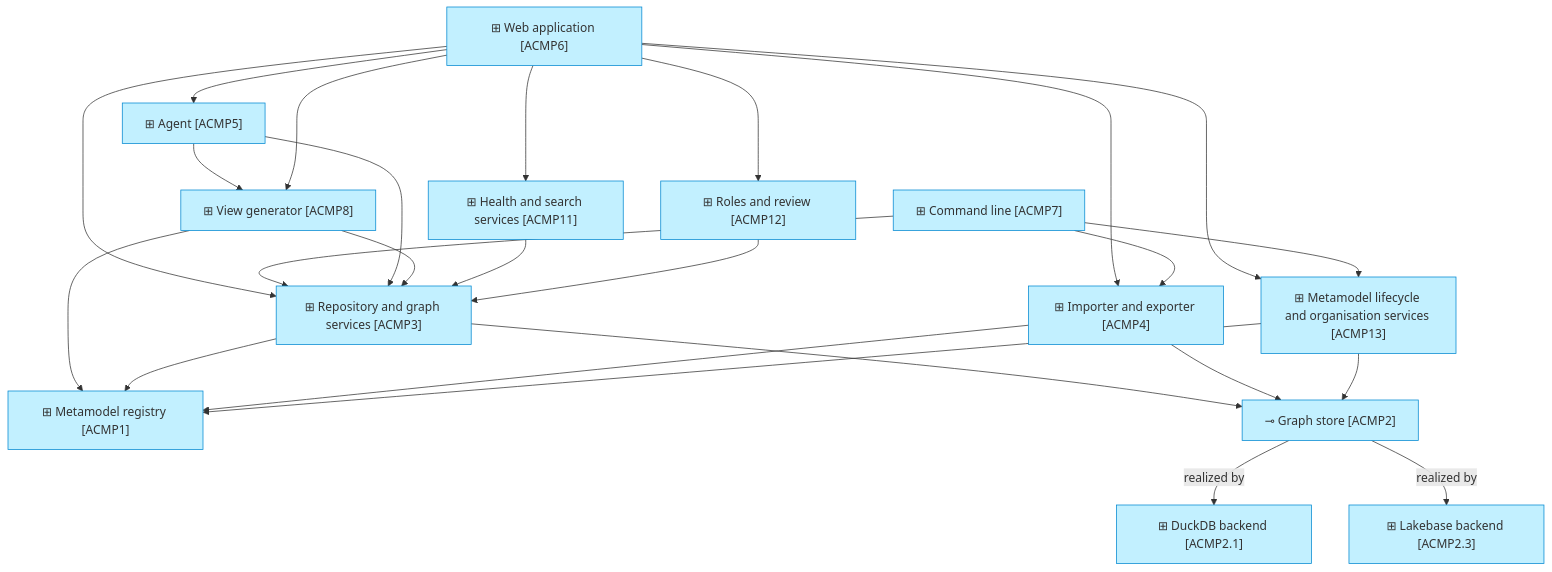
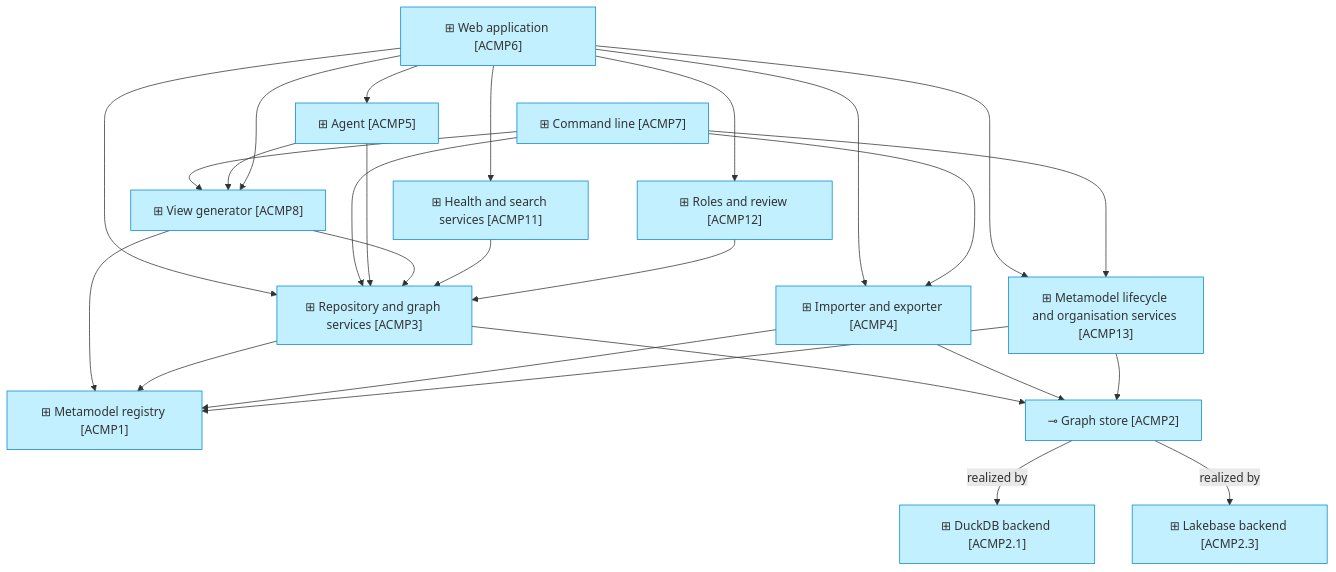
One commit to roanboc/dbx-enterprise-architecture changed the second of 2 diagrams in architecture/4_application/README.md. Above: the diagram before and after it, drawn with Mermaid. The commit also changed 45 other files, not shown here.

````diff
--- a/architecture/4_application/README.md
+++ b/architecture/4_application/README.md
@@ -38,43 +38,44 @@
 ```mermaid
 flowchart TB
   ui["⊞ Web application [ACMP6]"]:::application
   cli["⊞ Command line [ACMP7]"]:::application
   agent["⊞ Agent [ACMP5]"]:::application
   views["⊞ View generator [ACMP8]"]:::application
   svc["⊞ Repository and graph services [ACMP3]"]:::application
   imp["⊞ Importer and exporter [ACMP4]"]:::application
   reg["⊞ Metamodel registry [ACMP1]"]:::application
   store["⊸ Graph store [ACMP2]"]:::application
   duck["⊞ DuckDB backend [ACMP2.1]"]:::application
   lake["⊞ Lakebase backend [ACMP2.3]"]:::application
   meta["⊞ Metamodel lifecycle and organisation services [ACMP13]"]:::application
 
   ui --> svc
   ui --> imp
   ui --> agent
   cli --> svc
   cli --> imp
+  cli --> views
   agent --> svc
   agent --> views
   ui --> views
   views --> svc
   views --> reg
   svc --> reg
   imp --> reg
   svc --> store
   imp --> store
   health["⊞ Health and search services [ACMP11]"]:::application
   roles["⊞ Roles and review [ACMP12]"]:::application
   ui --> health
   ui --> roles
   health --> svc
   roles --> svc
   ui --> meta
   cli --> meta
   meta --> reg
   meta --> store
   store -->|realized by| duck
   store -->|realized by| lake
 
   classDef application fill:#c2f0ff,stroke:#0288d1,color:#333
 ```
````
